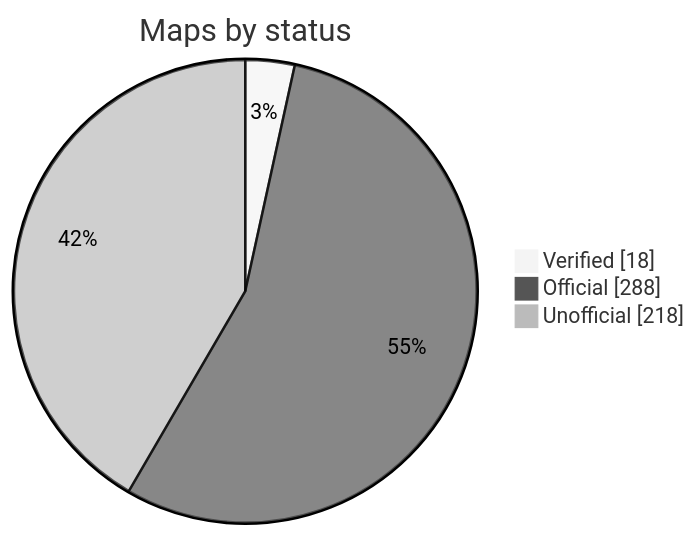
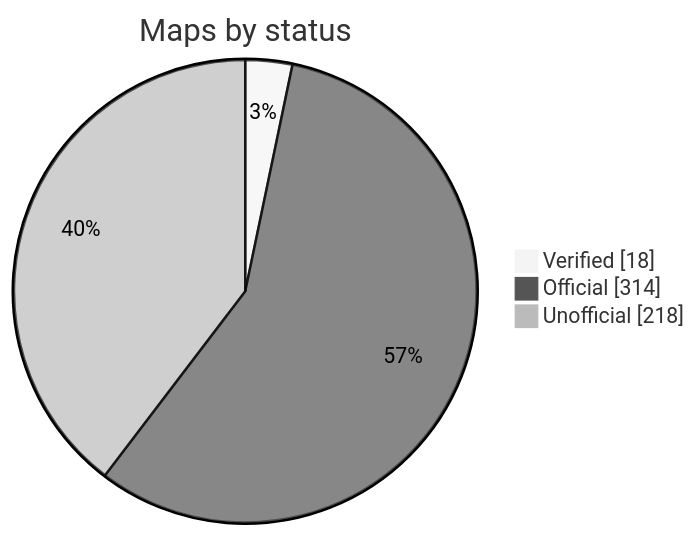
The diagram in README.md (nobrega8/mbmap-library), drawn with Mermaid (neutral theme) before and after one commit. The commit also changed 31 other files, not shown here.

````diff
--- a/README.md
+++ b/README.md
@@ -52,7 +52,7 @@
 ```mermaid
 pie showData
     title Maps by status
     "Verified" : 18
-    "Official" : 288
+    "Official" : 314
     "Unofficial" : 218
 ```
````
